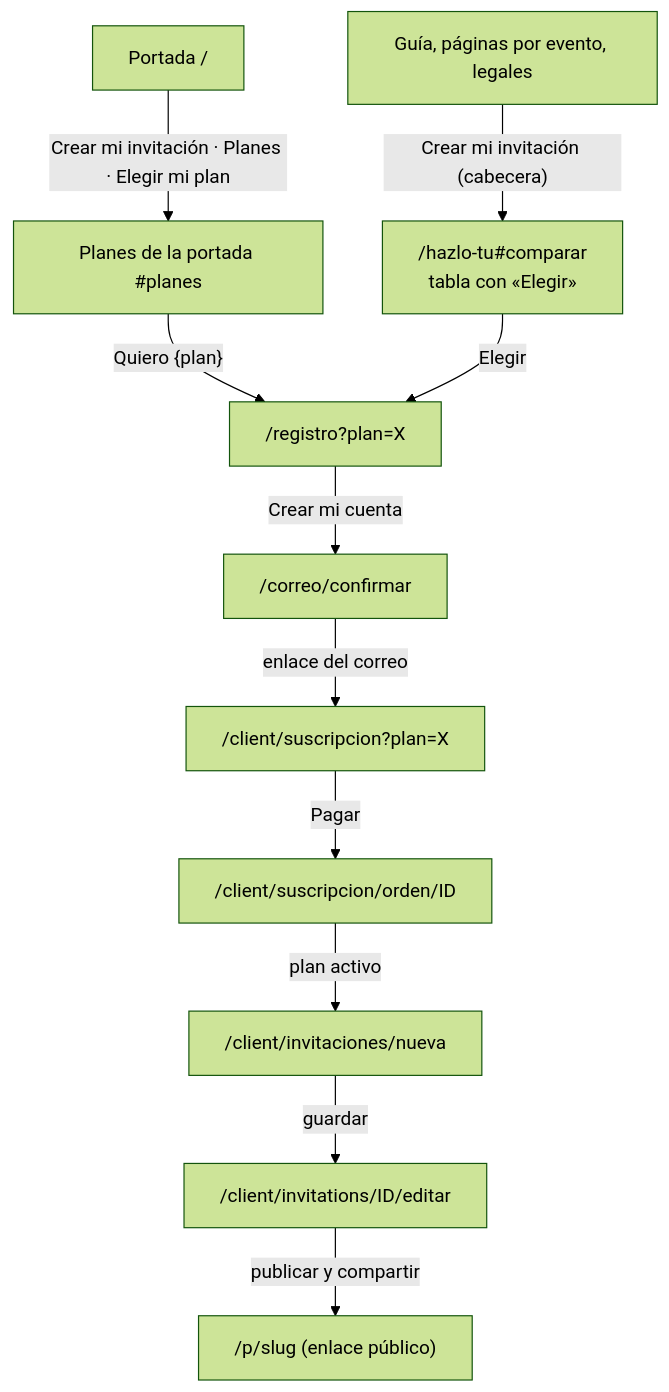
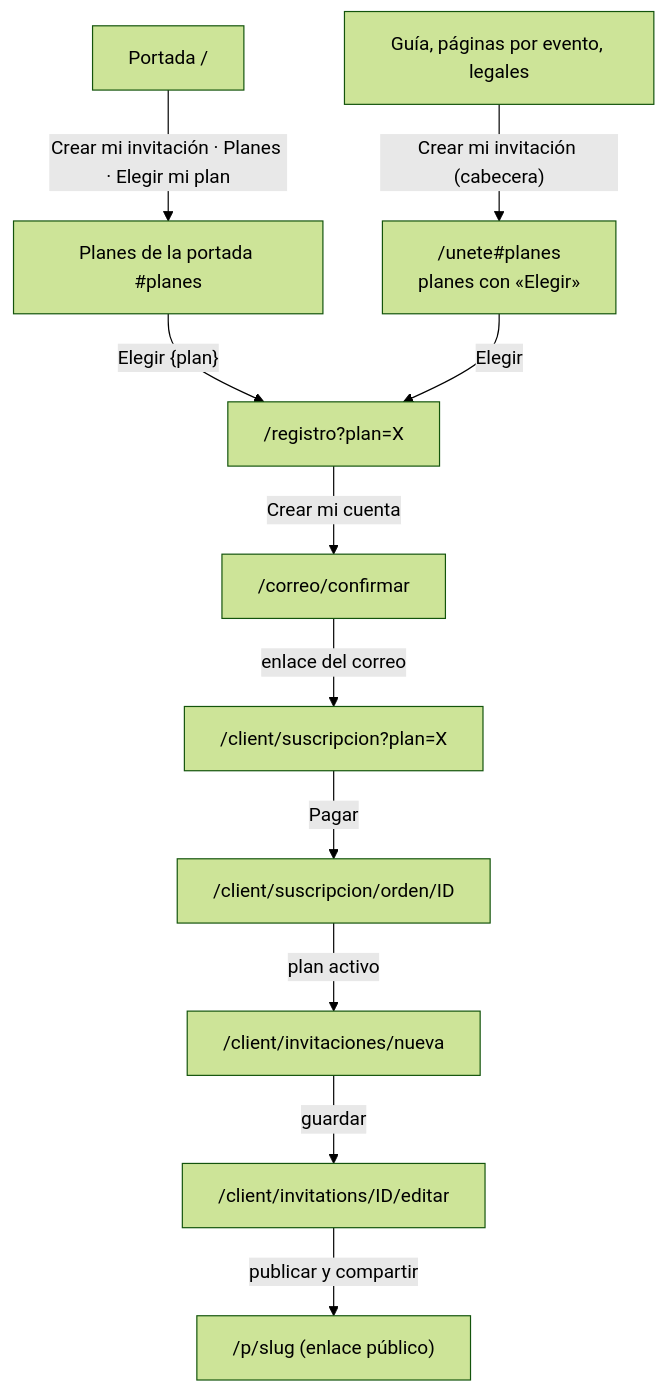
One commit to ccdana/Bida-Events changed the first of 5 diagrams in docs/flujo-navegacion.md. Above: the diagram before and after it, drawn with Mermaid (forest theme). The commit also changed other lines of this file and 75 other files, not shown here.

````diff
--- a/docs/flujo-navegacion.md
+++ b/docs/flujo-navegacion.md
@@ -14,13 +14,13 @@
 ```mermaid
 flowchart TD
   A["Portada /"] -->|"Crear mi invitación · Planes · Elegir mi plan"| P["Planes de la portada #planes"]
-  OT["Guía, páginas por evento, legales"] -->|"Crear mi invitación (cabecera)"| B["/hazlo-tu#comparar<br/>tabla con «Elegir»"]
-  P -->|"Quiero {plan}"| R["/registro?plan=X"]
+  OT["Guía, páginas por evento, legales"] -->|"Crear mi invitación (cabecera)"| B["/unete#planes<br/>planes con «Elegir»"]
+  P -->|"Elegir {plan}"| R["/registro?plan=X"]
   B -->|"Elegir"| R
   R -->|"Crear mi cuenta"| V["/correo/confirmar"]
   V -->|"enlace del correo"| S["/client/suscripcion?plan=X"]
   S -->|"Pagar"| O["/client/suscripcion/orden/ID"]
   O -->|"plan activo"| C["/client/invitaciones/nueva"]
   C -->|"guardar"| E["/client/invitations/ID/editar"]
   E -->|"publicar y compartir"| L["/p/slug (enlace público)"]
 ```
````
